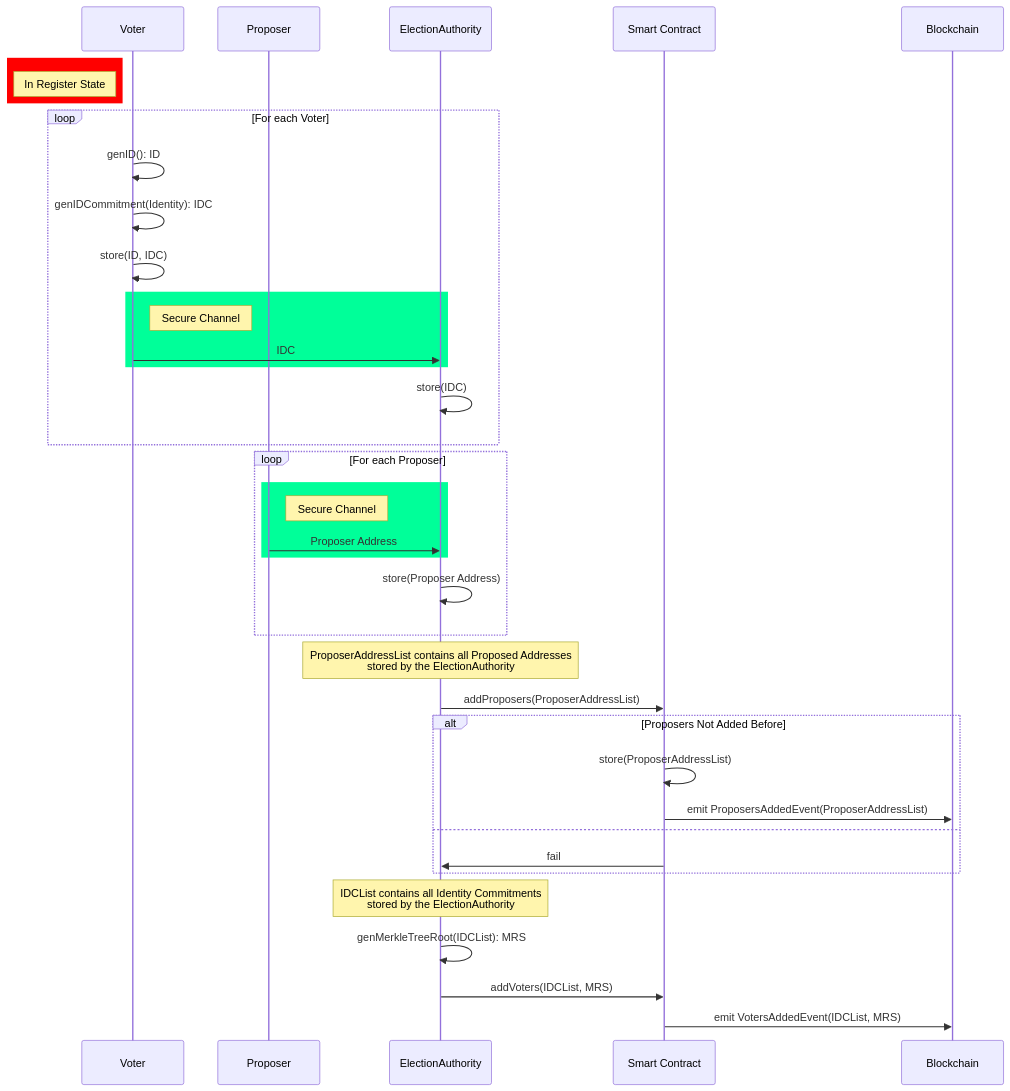
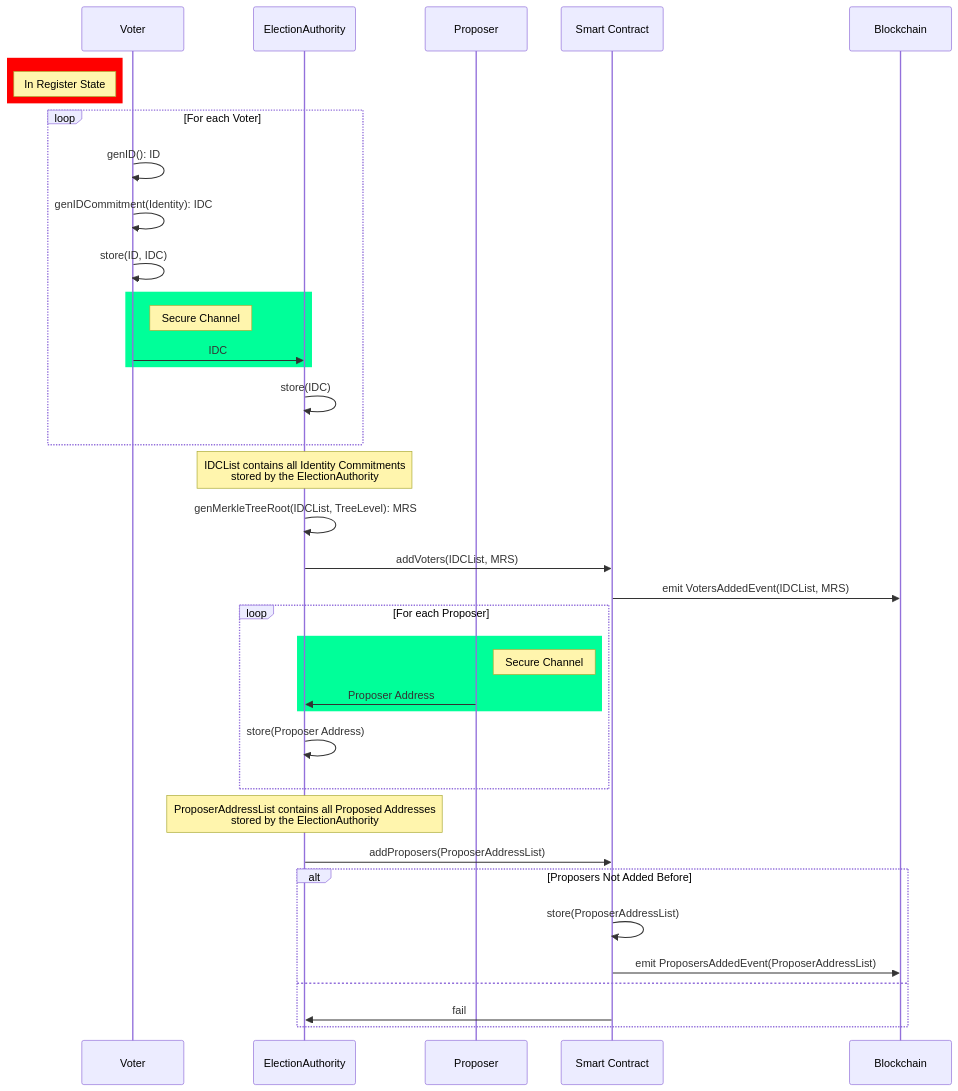
Before and after one commit to ceyonur/electanon: the diagram in docs/flows/basic/register.mmd, drawn with Mermaid. The commit also changed 1302 other files, not shown here.

```diff
--- a/docs/flows/basic/register.mmd
+++ b/docs/flows/basic/register.mmd
@@ -1,38 +1,38 @@
 sequenceDiagram
 participant Voter as Voter
+participant EC as ElectionAuthority
 participant Proposer
-participant EC as ElectionAuthority
 participant SC as Smart Contract
 participant BC as Blockchain
 rect rgb(255, 0, 0)
 note left of Voter: In Register State
 end
 loop For each Voter
     Voter->>Voter: genID(): ID
     Voter->>Voter: genIDCommitment(Identity): IDC
     Voter->>Voter: store(ID, IDC)
 rect rgb(0, 255, 153)
     Note right of Voter: Secure Channel
     Voter->>EC: IDC
 end
     EC->>EC: store(IDC)
 end
+Note over EC: IDCList contains all Identity Commitments <br> stored by the ElectionAuthority
+EC->>EC: genMerkleTreeRoot(IDCList, TreeLevel): MRS
+EC->>SC: addVoters(IDCList, MRS)
+SC->>BC: emit VotersAddedEvent(IDCList, MRS)
 loop For each Proposer
 rect rgb(0, 255, 153)
     Note right of Proposer: Secure Channel
     Proposer->>EC: Proposer Address
 end
     EC->>EC: store(Proposer Address)
 end
 Note over EC: ProposerAddressList contains all Proposed Addresses <br> stored by the ElectionAuthority
 EC->>SC: addProposers(ProposerAddressList)
 alt Proposers Not Added Before
     SC->>SC: store(ProposerAddressList)
     SC->>BC: emit ProposersAddedEvent(ProposerAddressList)
 else
     SC->>EC: fail
 end
-Note over EC: IDCList contains all Identity Commitments <br> stored by the ElectionAuthority
-EC->>EC: genMerkleTreeRoot(IDCList): MRS
-EC->>SC: addVoters(IDCList, MRS)
-SC->>BC: emit VotersAddedEvent(IDCList, MRS)
```
